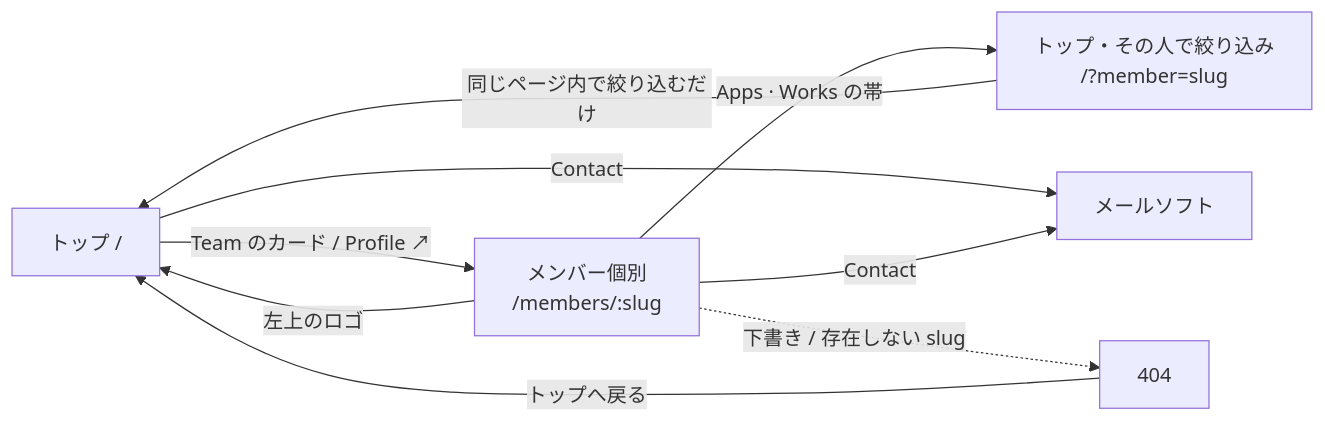
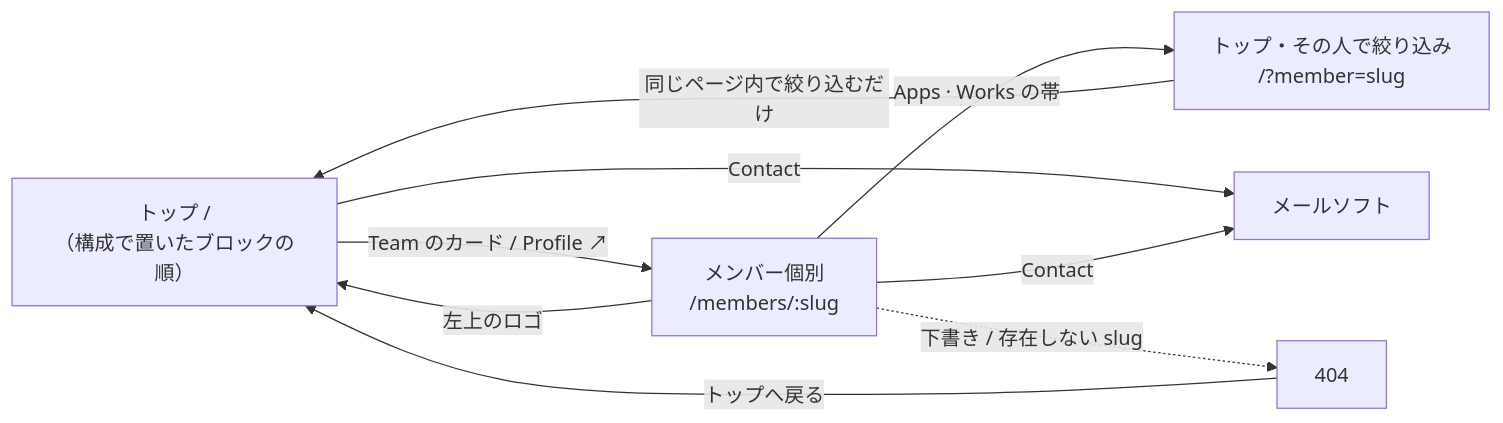
One commit to iam74k4/Web-AstLog changed the first of 4 diagrams in docs/flow.md. Above: the diagram before and after it, drawn with Mermaid. The commit also changed other lines of this file and 18 other files, not shown here.

````diff
--- a/docs/flow.md
+++ b/docs/flow.md
@@ -10,17 +10,17 @@
 ```mermaid
 flowchart LR
-    Top["トップ /"]
+    Top["トップ /<br>（構成で置いたブロックの順）"]
     Profile["メンバー個別<br>/members/:slug"]
     Filtered["トップ・その人で絞り込み<br>/?member=slug"]
     Mail["メールソフト"]
     NotFound["404"]
 
     Top -->|"Team のカード / Profile ↗"| Profile
     Profile -->|"左上のロゴ"| Top
     Profile -->|"Apps · Works の帯"| Filtered
     Filtered -->|"同じページ内で絞り込むだけ"| Top
     Top -->|"Contact"| Mail
     Profile -->|"Contact"| Mail
     Profile -.->|"下書き / 存在しない slug"| NotFound
     NotFound -->|"トップへ戻る"| Top
 ```
````
